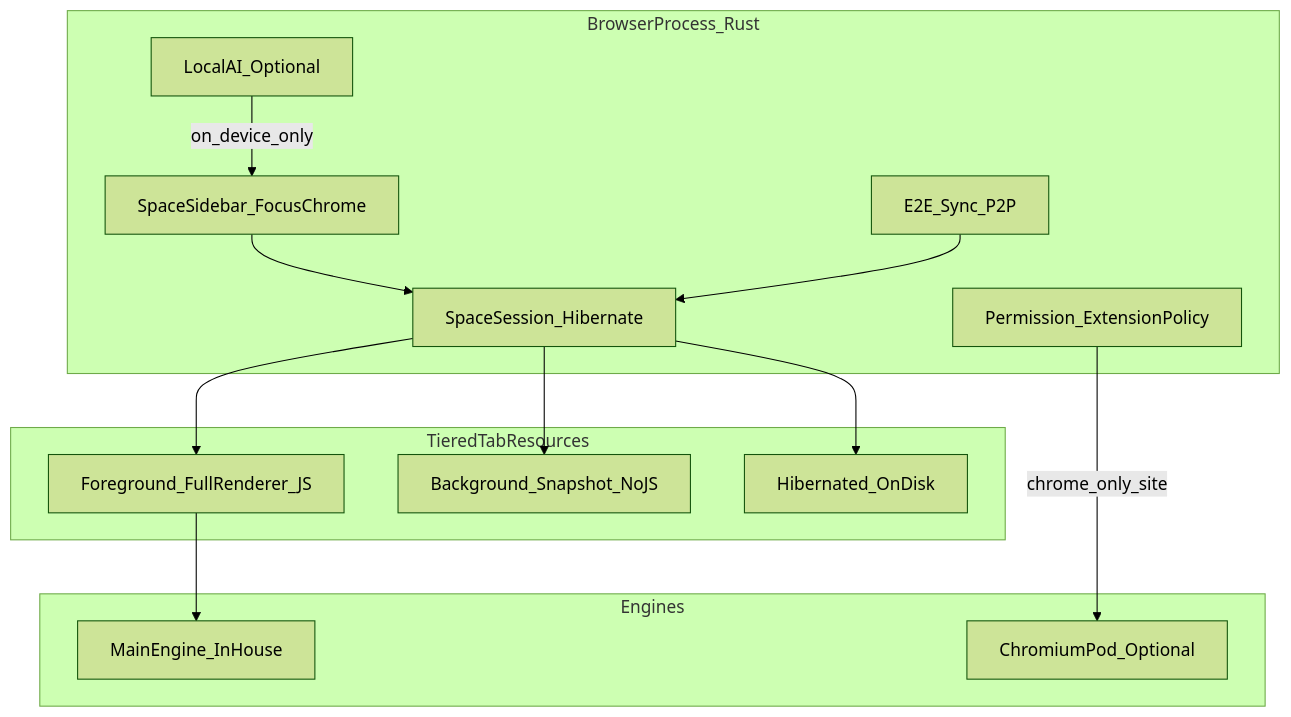
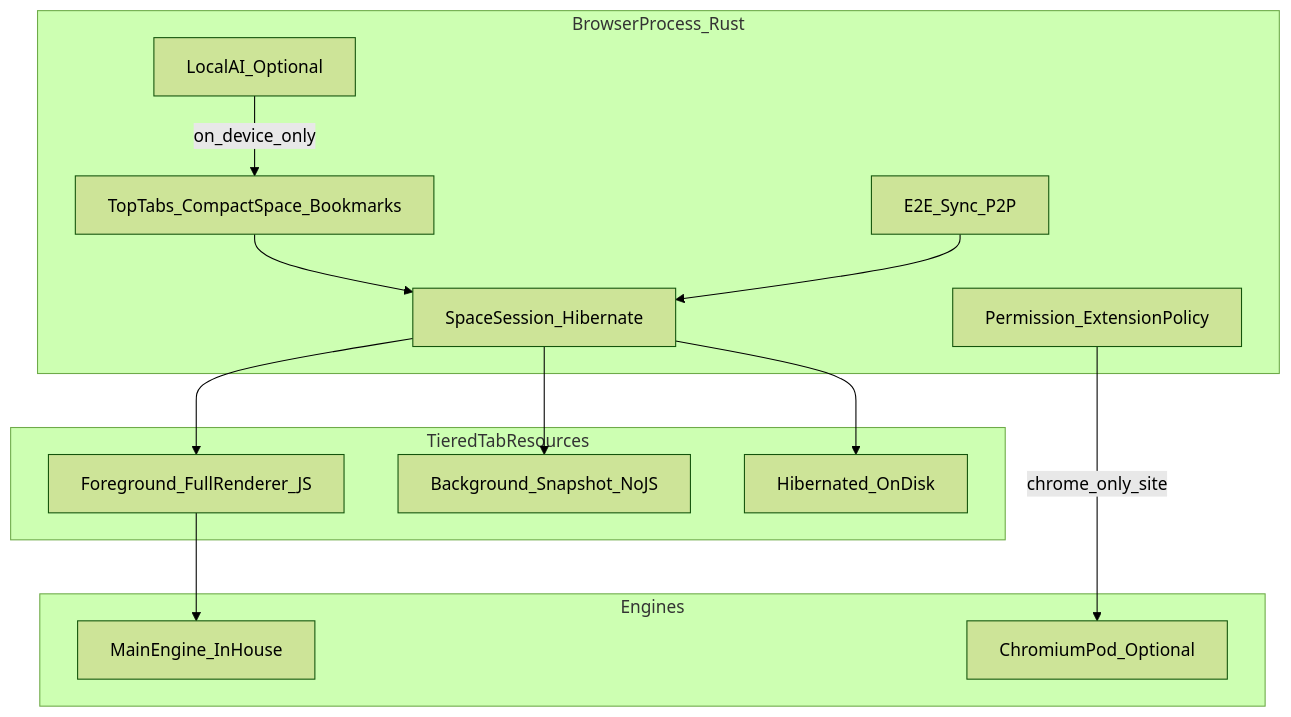
Before and after one commit to shenzhepei/archetype-quick-browser: the first of 2 diagrams in docs/detailed-design/01-Archetype-总体详设.md, drawn with Mermaid (forest theme). The commit also changed other lines of this file and 7 other files, not shown here.

````diff
--- a/docs/detailed-design/01-Archetype-总体详设.md
+++ b/docs/detailed-design/01-Archetype-总体详设.md
@@ -25,30 +25,30 @@
 ```mermaid
 flowchart TB
   subgraph browserProc [BrowserProcess_Rust]
-    SpaceUI[SpaceSidebar_FocusChrome]
+    SpaceUI[TopTabs_CompactSpace_Bookmarks]
     Session[SpaceSession_Hibernate]
     Policy[Permission_ExtensionPolicy]
     Sync[E2E_Sync_P2P]
     AILocal[LocalAI_Optional]
   end
 
   subgraph tiered [TieredTabResources]
     FG[Foreground_FullRenderer_JS]
     BG[Background_Snapshot_NoJS]
     HZ[Hibernated_OnDisk]
   end
 
   subgraph engines [Engines]
     Main[MainEngine_InHouse]
     Pod[ChromiumPod_Optional]
   end
 
   SpaceUI --> Session
   Session --> FG
   Session --> BG
   Session --> HZ
   FG --> Main
   Policy -->|"chrome_only_site"| Pod
   Sync --> Session
   AILocal -->|"on_device_only"| SpaceUI
 ```
````
